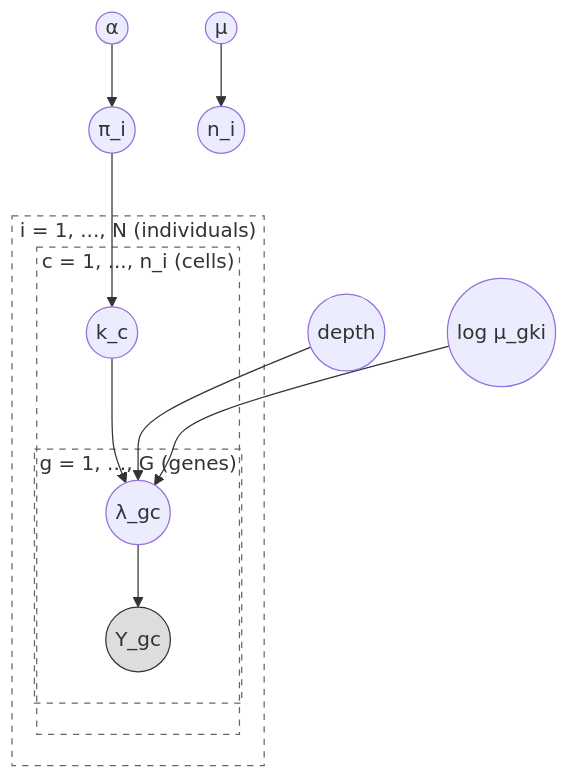
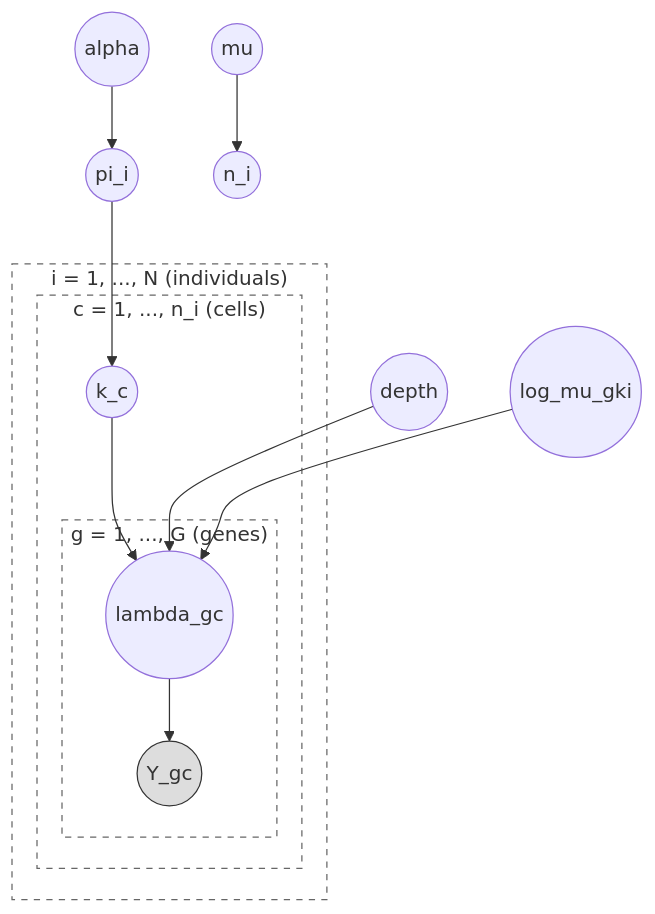
One commit to causalpathlab/legume-rs changed the second of 2 diagrams in fagioli/README.md. Above: the diagram before and after it, drawn with Mermaid. The commit also changed other lines of this file, not shown here.

````diff
--- a/fagioli/README.md
+++ b/fagioli/README.md
@@ -79,27 +79,27 @@
 ```mermaid
 graph TD
-    log_mu(("log μ_gki"))
-    alpha(("α")) --> pi(("π_i"))
-    mu(("μ")) --> n_i(("n_i"))
+    log_mu(("log_mu_gki"))
+    alpha(("alpha")) --> pi(("pi_i"))
+    mu(("mu")) --> n_i(("n_i"))
 
     subgraph plate_i ["i = 1, ..., N (individuals)"]
         subgraph plate_c ["c = 1, ..., n_i (cells)"]
             k(("k_c"))
             subgraph plate_g ["g = 1, ..., G (genes)"]
-                lambda(("λ_gc"))
+                lambda(("lambda_gc"))
                 Y_obs(("Y_gc"))
             end
         end
     end
 
     pi --> k
     k --> lambda
     d(("depth")) --> lambda
     log_mu --> lambda
     lambda --> Y_obs
 
     style Y_obs fill:#ddd,stroke:#333
     style plate_i fill:none,stroke:#666,stroke-dasharray:5 5
     style plate_c fill:none,stroke:#666,stroke-dasharray:5 5
     style plate_g fill:none,stroke:#666,stroke-dasharray:5 5
 ```
````
